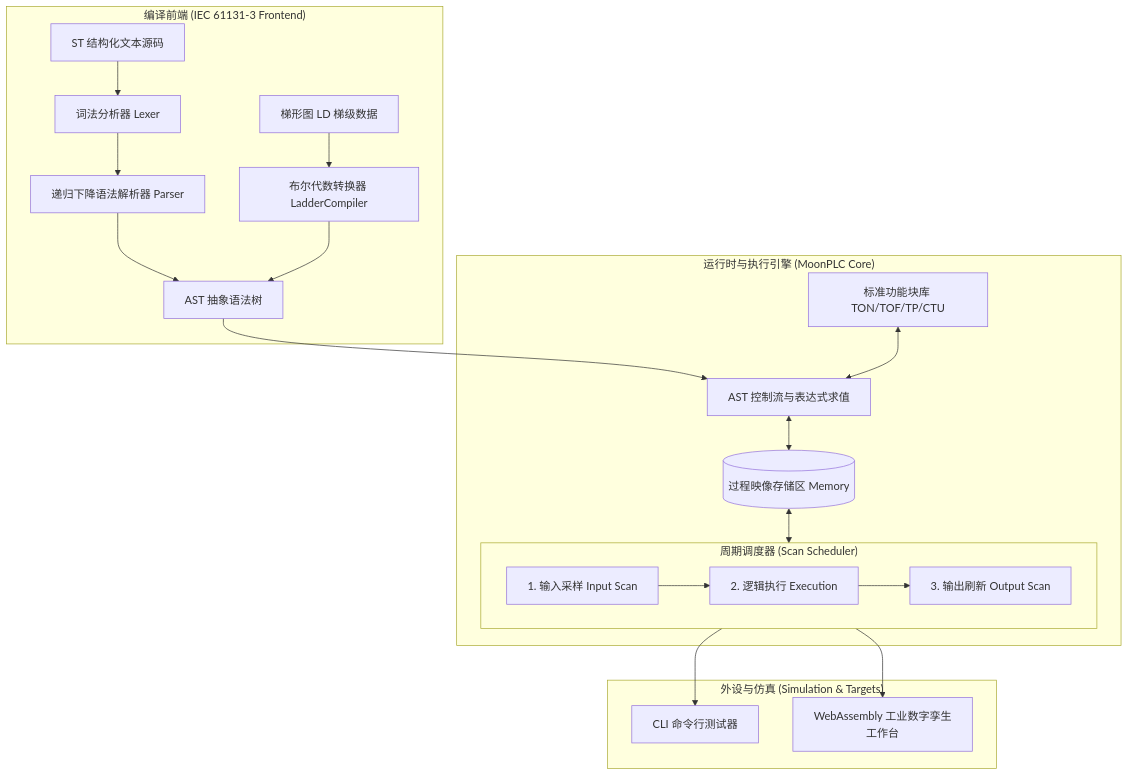
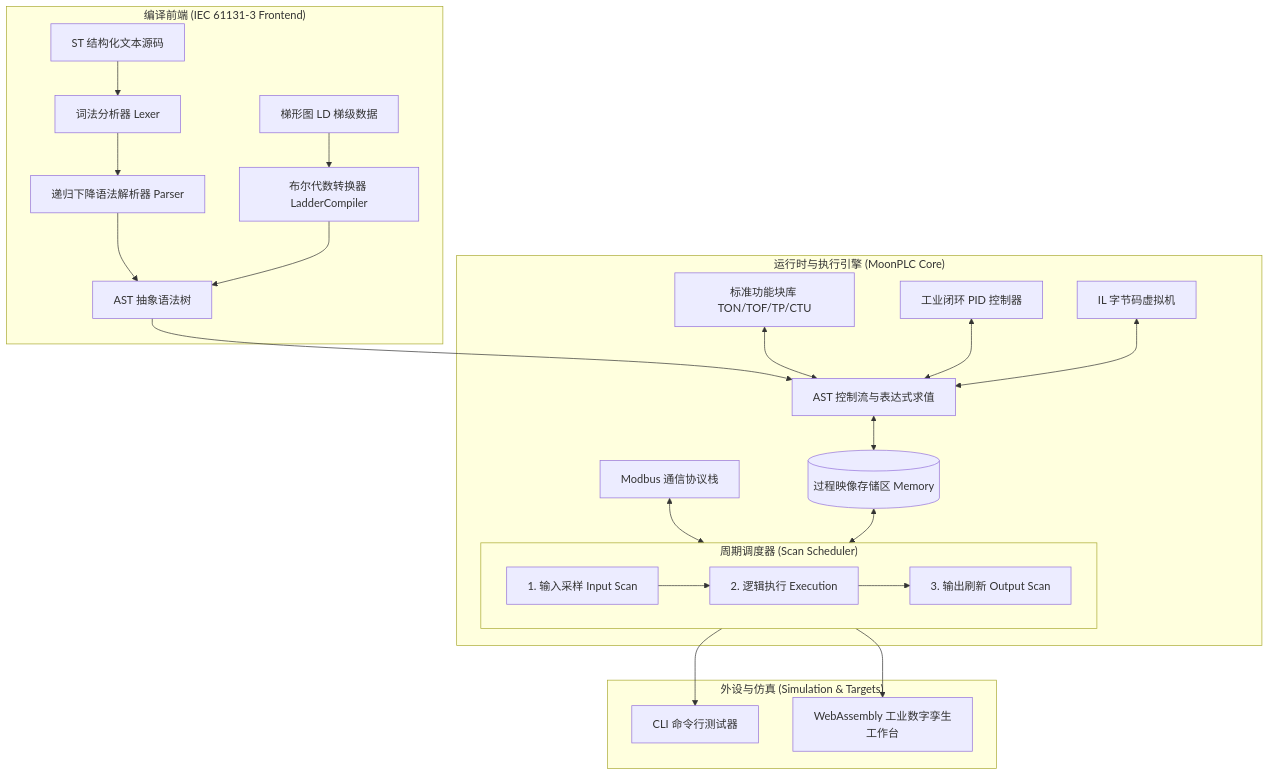
One commit to lycvvt/Moonplc changed the diagram in README.md. Above: the diagram before and after it, drawn with Mermaid. The commit also changed other lines of this file, not shown here.

````diff
--- a/README.md
+++ b/README.md
@@ -237,28 +253,31 @@
 ```mermaid
 graph TD
     subgraph Frontend["编译前端 (IEC 61131-3 Frontend)"]
         ST[ST 结构化文本源码] --> Lexer[词法分析器 Lexer]
         Lexer --> Parser[递归下降语法解析器 Parser]
         LD[梯形图 LD 梯级数据] --> LDTrans[布尔代数转换器 LadderCompiler]
         Parser --> AST[AST 抽象语法树]
         LDTrans --> AST
     end
 
     subgraph Core["运行时与执行引擎 (MoonPLC Core)"]
         AST --> Executor[AST 控制流与表达式求值]
         FB[标准功能块库 TON/TOF/TP/CTU] <--> Executor
+        PID[工业闭环 PID 控制器] <--> Executor
+        MB[Modbus 通信协议栈] <--> Scheduler
+        IL[IL 字节码虚拟机] <--> Executor
         
         subgraph Scheduler["周期调度器 (Scan Scheduler)"]
             P1[1. 输入采样 Input Scan] --> P2[2. 逻辑执行 Execution]
             P2 --> P3[3. 输出刷新 Output Scan]
         end
 
         Mem[(过程映像存储区 Memory)] <--> Scheduler
         Executor <--> Mem
     end
 
     subgraph Target["外设与仿真 (Simulation & Targets)"]
         Scheduler --> CLI[CLI 命令行测试器]
         Scheduler --> WebUI[WebAssembly 工业数字孪生工作台]
     end
 ```
````
